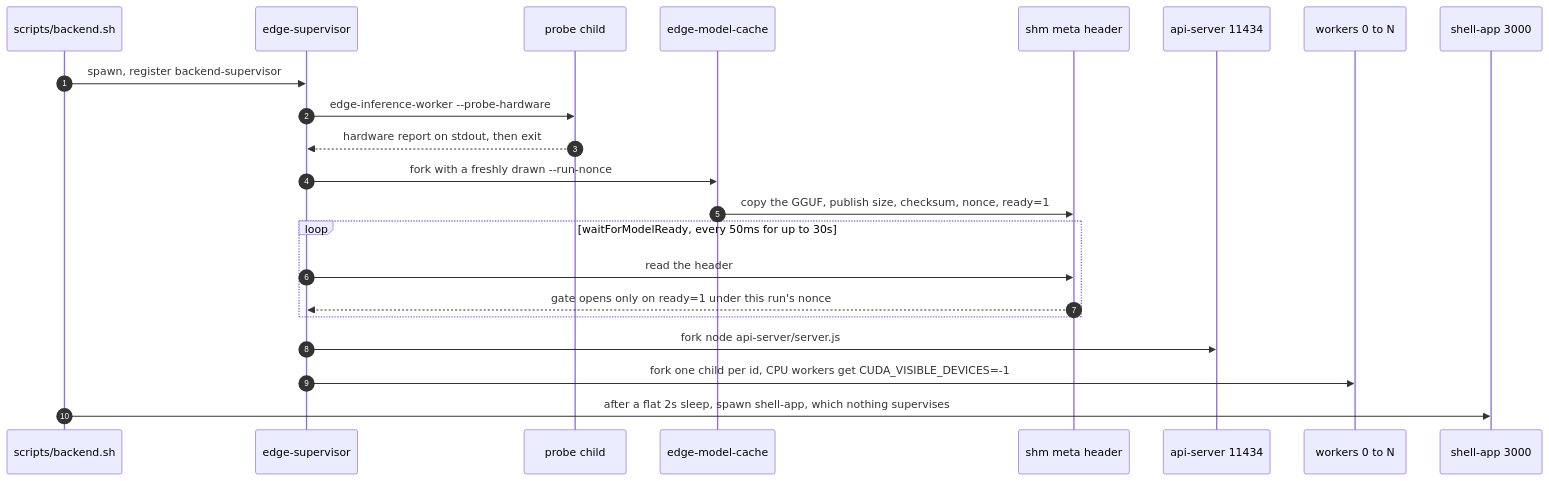
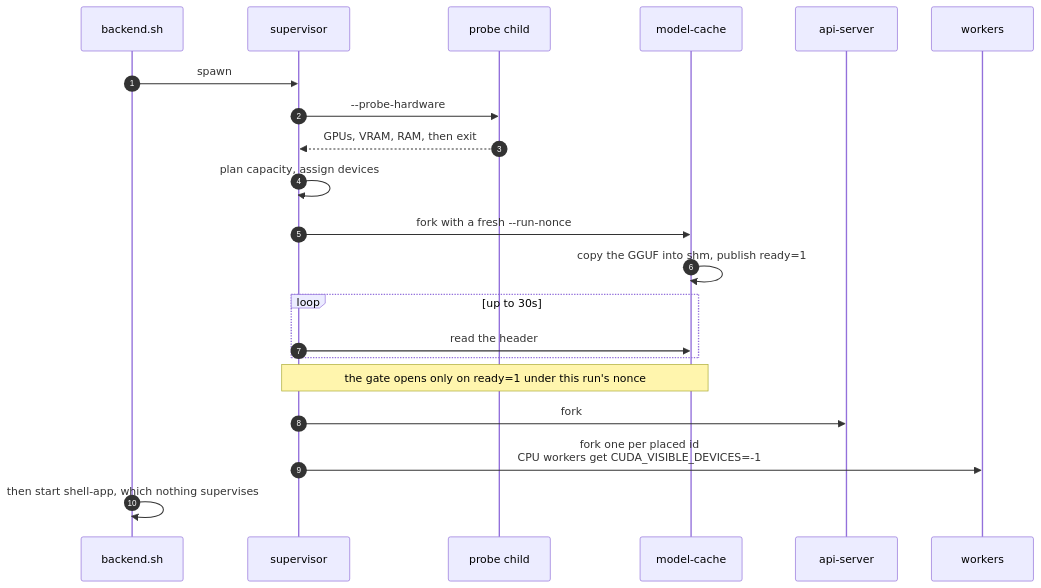
One commit to prawesh-12/serveInfer changed the third of 9 diagrams in README.md. Above: the diagram before and after it, drawn with Mermaid. The commit also changed other lines of this file and 11 other files, not shown here.

Commit message:
docs: add architecture and sequence diagrams to the README

````diff
--- a/README.md
+++ b/README.md
@@ -206,24 +271,23 @@
 ```mermaid
 sequenceDiagram
     autonumber
-    participant BS as scripts/backend.sh
-    participant SUP as edge-supervisor
+    participant BS as backend.sh
+    participant SUP as supervisor
     participant P as probe child
-    participant MC as edge-model-cache
-    participant SHM as shm meta header
-    participant API as api-server 11434
-    participant W as workers 0 to N
-    participant SH as shell-app 3000
-    BS->>SUP: spawn, register backend-supervisor
-    SUP->>P: edge-inference-worker --probe-hardware
-    P-->>SUP: hardware report on stdout, then exit
-    SUP->>MC: fork with a freshly drawn --run-nonce
-    MC->>SHM: copy the GGUF, publish size, checksum, nonce, ready=1
-    loop waitForModelReady, every 50ms for up to 30s
-        SUP->>SHM: read the header
-        SHM-->>SUP: gate opens only on ready=1 under this run's nonce
+    participant MC as model-cache
+    participant API as api-server
+    participant W as workers
+    BS->>SUP: spawn
+    SUP->>P: --probe-hardware
+    P-->>SUP: GPUs, VRAM, RAM, then exit
+    SUP->>SUP: plan capacity, assign devices
+    SUP->>MC: fork with a fresh --run-nonce
+    MC->>MC: copy the GGUF into shm, publish ready=1
+    loop up to 30s
+        SUP->>MC: read the header
     end
-    SUP->>API: fork node api-server/server.js
-    SUP->>W: fork one child per id, CPU workers get CUDA_VISIBLE_DEVICES=-1
-    BS->>SH: after a flat 2s sleep, spawn shell-app, which nothing supervises
+    Note over SUP,MC: the gate opens only on ready=1 under this run's nonce
+    SUP->>API: fork
+    SUP->>W: fork one per placed id<br/>CPU workers get CUDA_VISIBLE_DEVICES=-1
+    BS->>BS: then start shell-app, which nothing supervises
 ```
````
